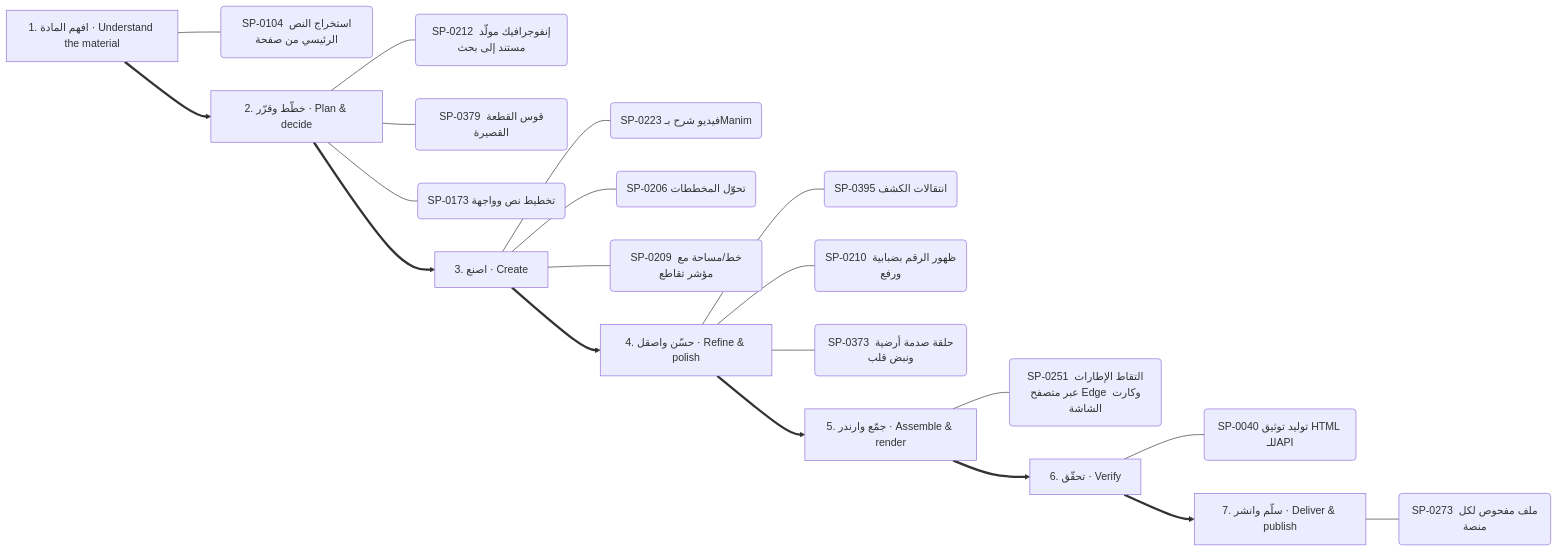
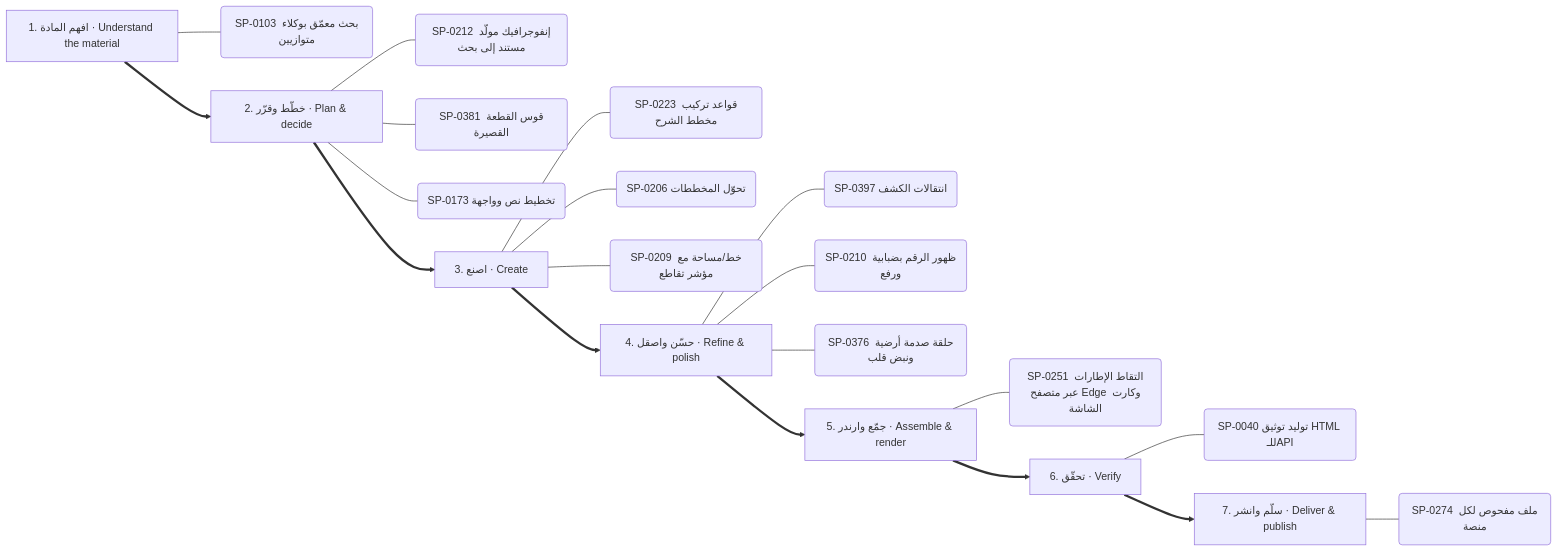
The fifth of 13 diagrams in .claude/skills/kosif-superpowers/references/capability-mindmap.md (kosif199022-jpg/kosif-tool), drawn with Mermaid before and after one commit. The commit also changed other lines of this file and 35 other files, not shown here.

````diff
--- a/.claude/skills/kosif-superpowers/references/capability-mindmap.md
+++ b/.claude/skills/kosif-superpowers/references/capability-mindmap.md
@@ -271,29 +271,29 @@
 ```mermaid
 flowchart LR
   S0["1. افهم المادة · Understand the material"]
-  S0 --- S0_0("SP-0104 استخراج النص الرئيسي من صفحة")
+  S0 --- S0_0("SP-0103 بحث معمّق بوكلاء متوازيين")
   S1["2. خطّط وقرّر · Plan & decide"]
   S1 --- S1_0("SP-0212 إنفوجرافيك مولَّد مستند إلى بحث")
-  S1 --- S1_1("SP-0379 قوس القطعة القصيرة")
+  S1 --- S1_1("SP-0381 قوس القطعة القصيرة")
   S1 --- S1_2("SP-0173 تخطيط نص وواجهة")
   S0 ==> S1
   S2["3. اصنع · Create"]
-  S2 --- S2_0("SP-0223 فيديو شرح بـManim")
+  S2 --- S2_0("SP-0223 قواعد تركيب مخطط الشرح")
   S2 --- S2_1("SP-0206 تحوّل المخططات")
   S2 --- S2_2("SP-0209 خط/مساحة مع مؤشر تقاطع")
   S1 ==> S2
   S3["4. حسّن واصقل · Refine & polish"]
-  S3 --- S3_0("SP-0395 انتقالات الكشف")
+  S3 --- S3_0("SP-0397 انتقالات الكشف")
   S3 --- S3_1("SP-0210 ظهور الرقم بضبابية ورفع")
-  S3 --- S3_2("SP-0373 حلقة صدمة أرضية ونبض قلب")
+  S3 --- S3_2("SP-0376 حلقة صدمة أرضية ونبض قلب")
   S2 ==> S3
   S4["5. جمّع وارندر · Assemble & render"]
   S4 --- S4_0("SP-0251 التقاط الإطارات عبر متصفح Edge وكارت الشاشة")
   S3 ==> S4
   S5["6. تحقّق · Verify"]
   S5 --- S5_0("SP-0040 توليد توثيق HTML للـAPI")
   S4 ==> S5
   S6["7. سلّم وانشر · Deliver & publish"]
-  S6 --- S6_0("SP-0273 ملف مفحوص لكل منصة")
+  S6 --- S6_0("SP-0274 ملف مفحوص لكل منصة")
   S5 ==> S6
 ```
````
